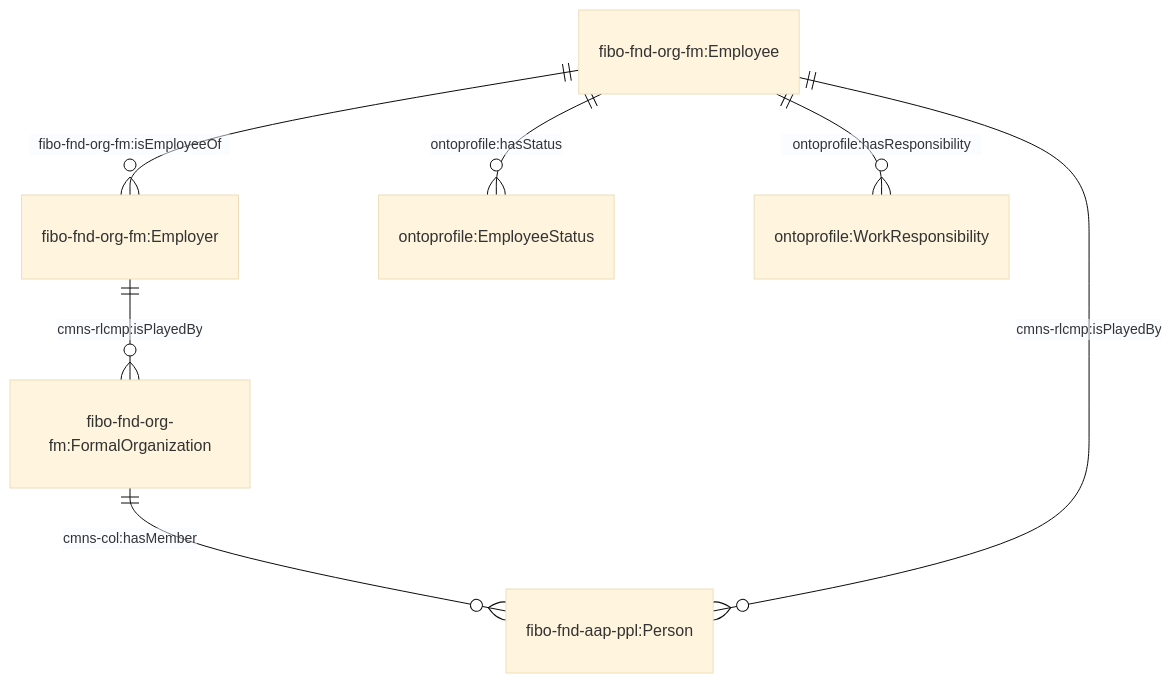
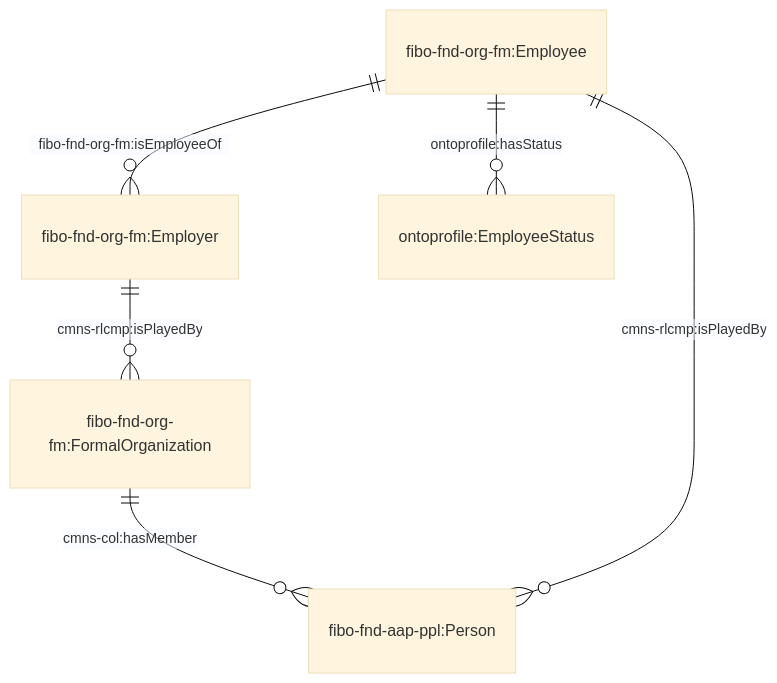
The second of 4 diagrams in JPS_Ontology/ontology/ontoprofile/README.MD (cambridge-cares/TheWorldAvatar), drawn with Mermaid (base theme) before and after one commit. The commit also changed 3 other files, not shown here.

Commit message:
1828-dev-ontoprofile: Remove responsibility concept

````diff
--- a/JPS_Ontology/ontology/ontoprofile/README.MD
+++ b/JPS_Ontology/ontology/ontoprofile/README.MD
@@ -93,11 +93,9 @@
 ```mermaid
     erDiagram
     "fibo-fnd-org-fm:Employer" ||--o{ "fibo-fnd-org-fm:FormalOrganization"  : "cmns-rlcmp:isPlayedBy"
     "fibo-fnd-org-fm:Employee" ||--o{ "fibo-fnd-org-fm:Employer" : "fibo-fnd-org-fm:isEmployeeOf"
     "fibo-fnd-org-fm:Employee" ||--o{ "ontoprofile:EmployeeStatus" : "ontoprofile:hasStatus"
 
     "fibo-fnd-org-fm:FormalOrganization" ||--o{ "fibo-fnd-aap-ppl:Person" : "cmns-col:hasMember"
     "fibo-fnd-org-fm:Employee" ||--o{ "fibo-fnd-aap-ppl:Person"  : "cmns-rlcmp:isPlayedBy"
-
-    "fibo-fnd-org-fm:Employee" ||--o{ "ontoprofile:WorkResponsibility" : "ontoprofile:hasResponsibility"
 ```
````
